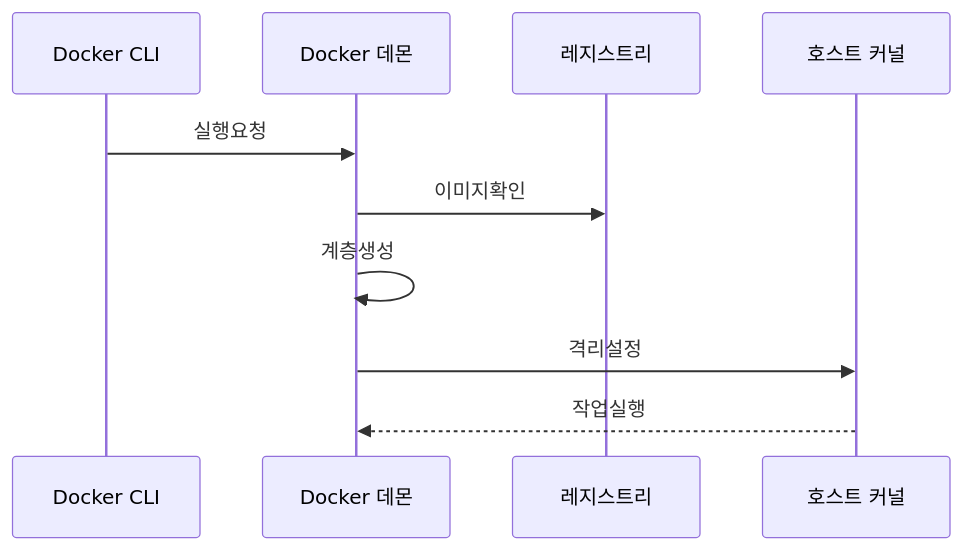
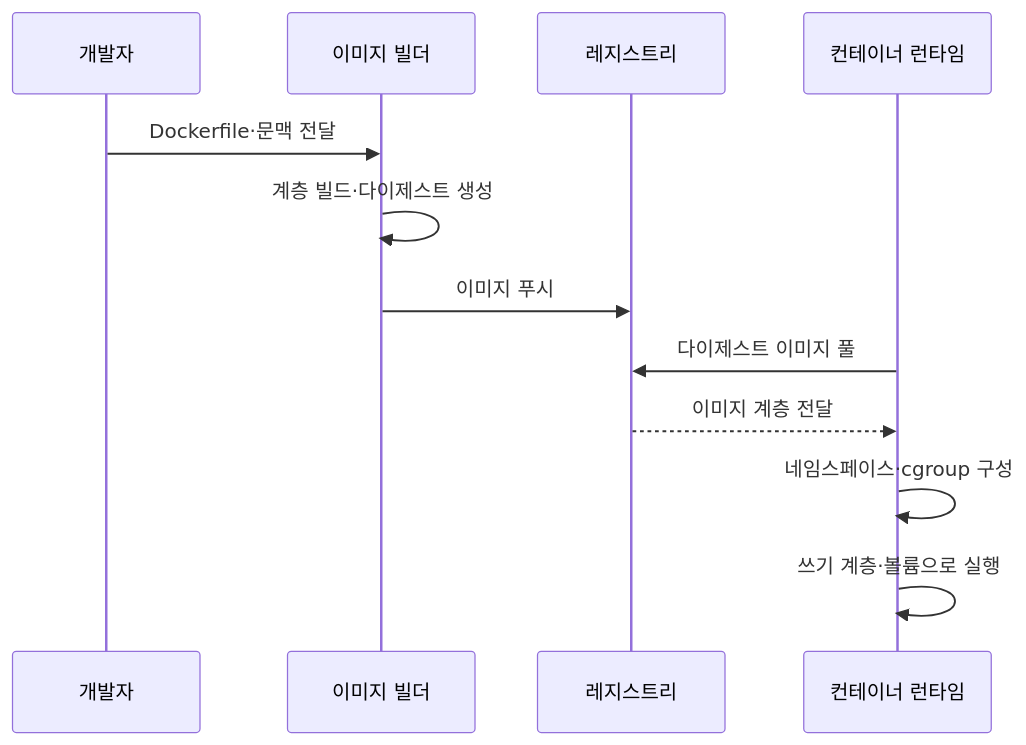
The second of 2 diagrams in src/content/docs/notes/03-software/150_docker_container.md (agnusdei1207/knowledge-base), drawn with Mermaid before and after one commit. The commit also changed other lines of this file and 7 other files, not shown here.

````diff
--- a/src/content/docs/notes/03-software/150_docker_container.md
+++ b/src/content/docs/notes/03-software/150_docker_container.md
@@ -80,12 +82,14 @@
 ```mermaid
 sequenceDiagram
-    participant C as Docker CLI
-    participant D as Docker 데몬
+    participant D as 개발자
+    participant B as 이미지 빌더
     participant R as 레지스트리
-    participant K as 호스트 커널
-    C->>D: 실행요청
-    D->>R: 이미지확인
-    D->>D: 계층생성
-    D->>K: 격리설정
-    K-->>D: 작업실행
+    participant C as 컨테이너 런타임
+    D->>B: Dockerfile·문맥 전달
+    B->>B: 계층 빌드·다이제스트 생성
+    B->>R: 이미지 푸시
+    C->>R: 다이제스트 이미지 풀
+    R-->>C: 이미지 계층 전달
+    C->>C: 네임스페이스·cgroup 구성
+    C->>C: 쓰기 계층·볼륨으로 실행
 ```
````
